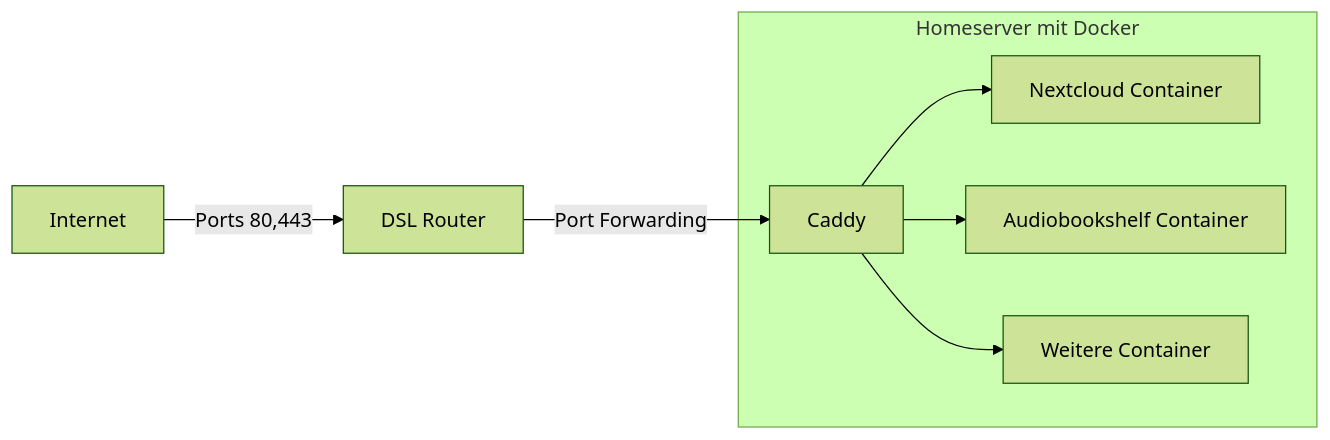
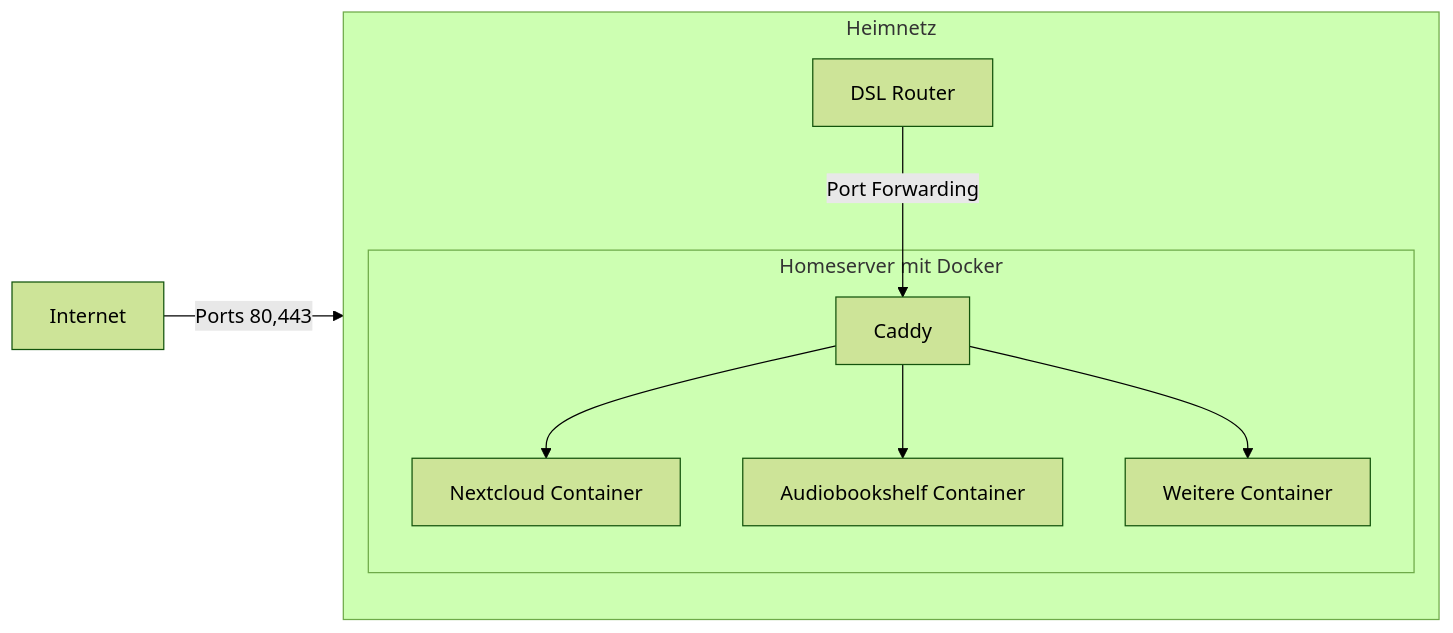
The first of 2 diagrams in slides.md (derphilipp/schulung_selfhosting), drawn with Mermaid (forest theme) before and after one commit. The commit also changed other lines of this file, not shown here.

````diff
--- a/slides.md
+++ b/slides.md
@@ -188,16 +188,20 @@
 ```mermaid
 graph LR
     A[Internet] -->|Ports 80,443| B[DSL Router]
     B --> |Port Forwarding| D[Caddy]
     D --> E[Nextcloud Container]
     D --> F[Audiobookshelf Container]
     D --> G[Weitere Container]
 
-    subgraph Homeserver mit Docker
+subgraph Heimnetz
+  direction TB
+  B
+  subgraph Homeserver mit Docker
     D
     E
     F
     G
-    end
+  end
+end
 
 ```
````
